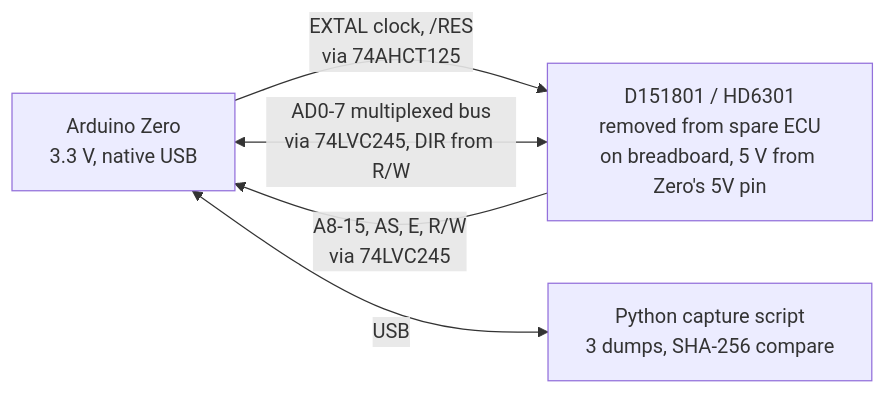
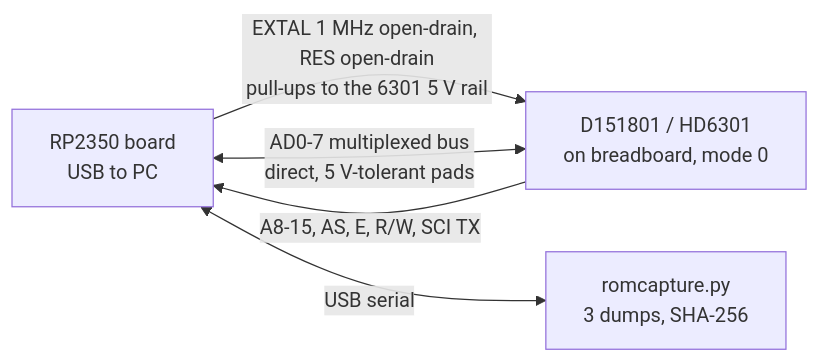
Before and after one commit to kurt-culley/Toyota-PCM-hacking: the second of 4 diagrams in docs/RE_PLAN.md, drawn with Mermaid. The commit also changed other lines of this file and 8 other files, not shown here.

````diff
--- a/docs/RE_PLAN.md
+++ b/docs/RE_PLAN.md
@@ -278,7 +284,7 @@
 ```mermaid
 flowchart LR
-  ZERO[Arduino Zero<br/>3.3 V, native USB] -->|EXTAL clock, /RES<br/>via 74AHCT125| MCU[D151801 / HD6301<br/>removed from spare ECU<br/>on breadboard, 5 V from Zero's 5V pin]
-  MCU <-->|AD0-7 multiplexed bus<br/>via 74LVC245, DIR from R/W| ZERO
-  MCU -->|A8-15, AS, E, R/W<br/>via 74LVC245| ZERO
-  ZERO <-->|USB| PC[Python capture script<br/>3 dumps, SHA-256 compare]
+  RP[RP2350 board<br/>USB to PC] -->|EXTAL 1 MHz open-drain, RES open-drain<br/>pull-ups to the 6301 5 V rail| MCU[D151801 / HD6301<br/>on breadboard, mode 0]
+  MCU <-->|AD0-7 multiplexed bus<br/>direct, 5 V-tolerant pads| RP
+  MCU -->|A8-15, AS, E, R/W, SCI TX| RP
+  RP <-->|USB serial| PC[romcapture.py<br/>3 dumps, SHA-256]
 ```
````
